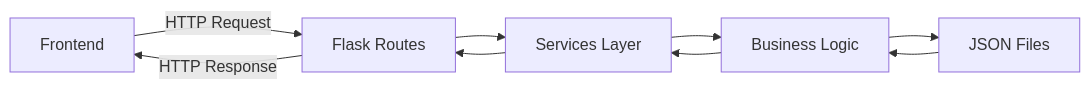
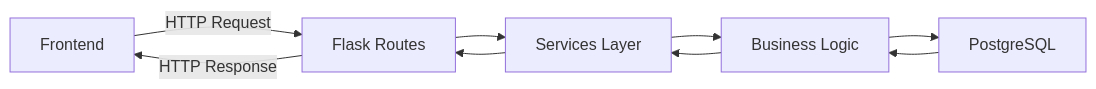
The third of 3 diagrams in DOCUMENTACAO_SISTEMA.md (andjpython/Estacionamento_Free), drawn with Mermaid before and after one commit. The commit also changed other lines of this file and 22 other files, not shown here.

````diff
--- a/DOCUMENTACAO_SISTEMA.md
+++ b/DOCUMENTACAO_SISTEMA.md
@@ -197,11 +198,11 @@
 ```mermaid
 graph LR
     A[Frontend] -->|HTTP Request| B[Flask Routes]
     B --> C[Services Layer]
     C --> D[Business Logic]
-    D --> E[JSON Files]
+    D --> E[PostgreSQL]
     E --> D
     D --> C
     C --> B
     B -->|HTTP Response| A
 ```
````
